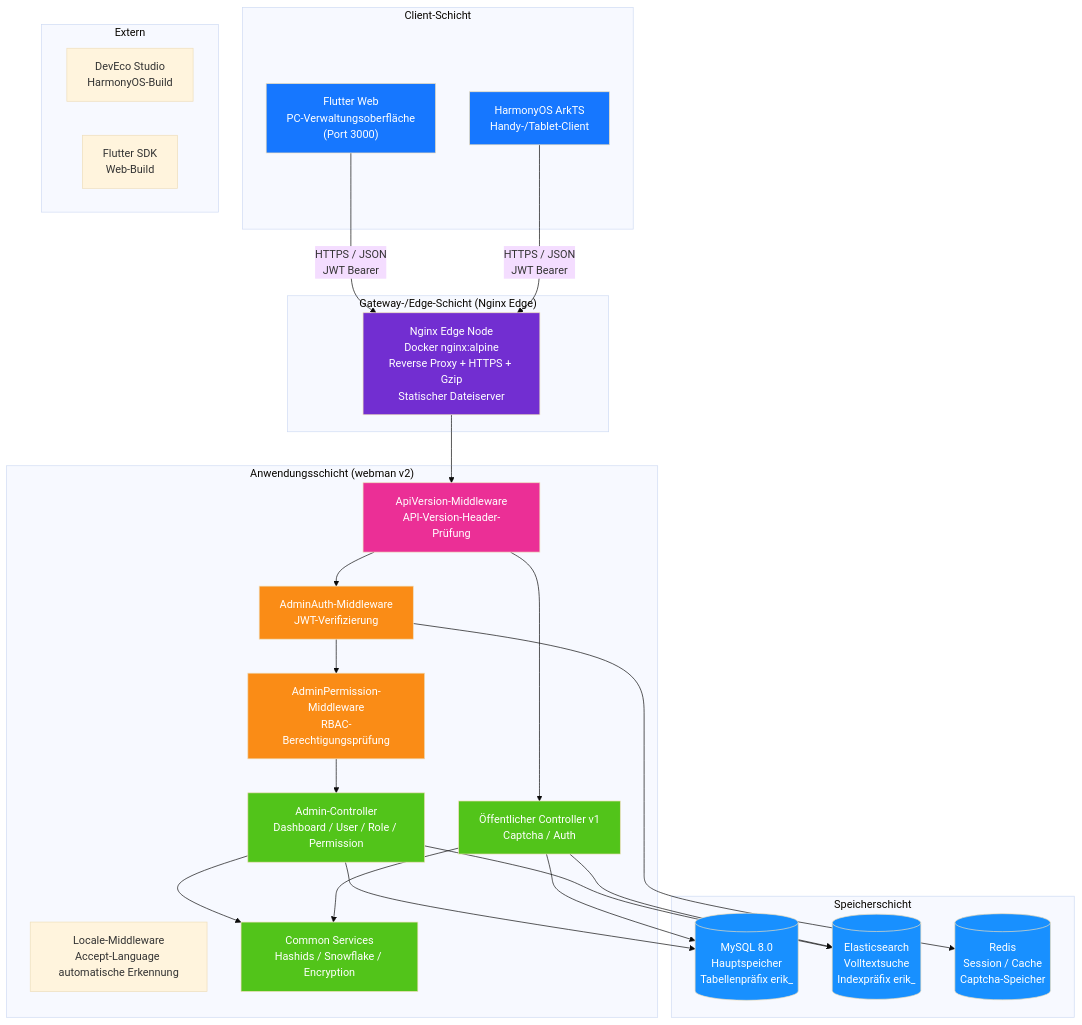
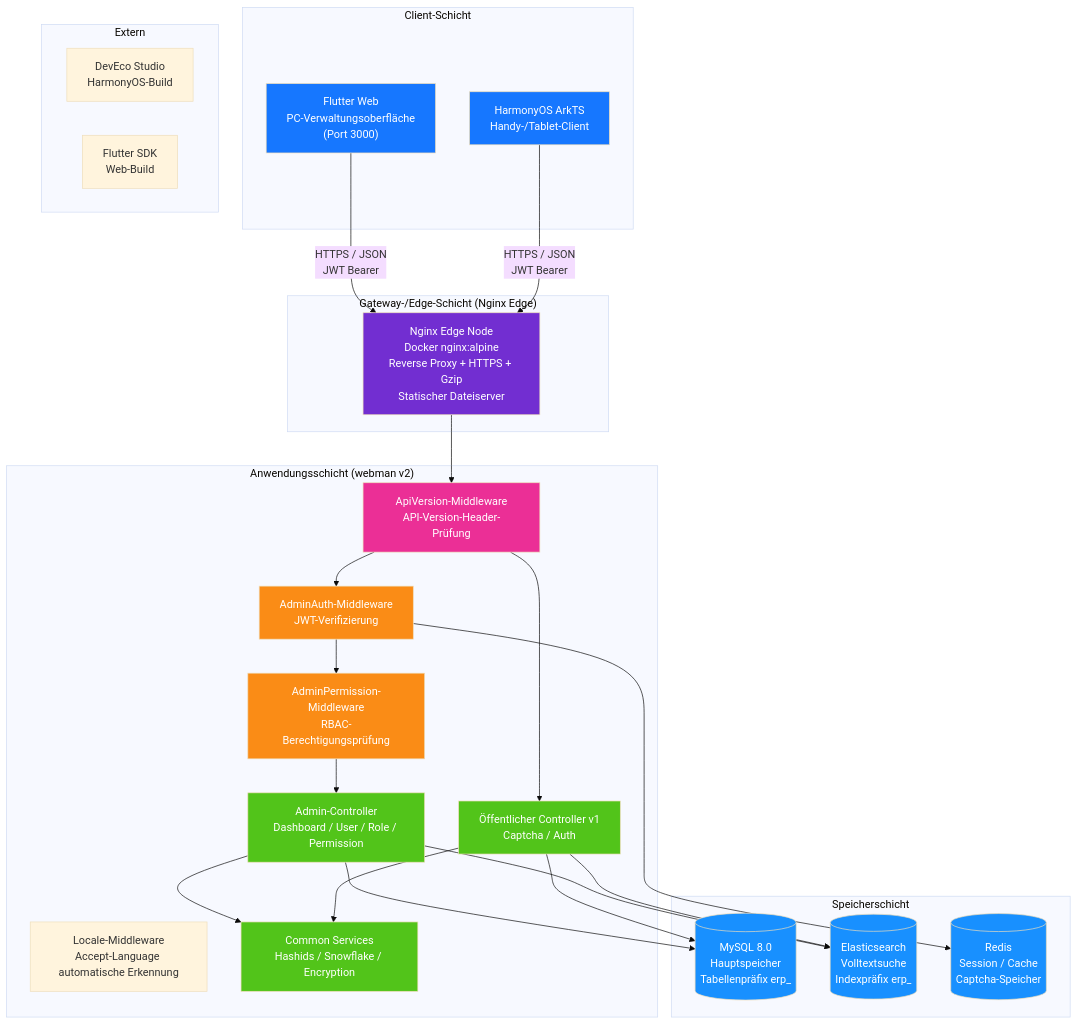
Before and after one commit to erikwang2013/erp-php: the first of 20 diagrams in docs/i18n/de/ARCHITECTURE.md, drawn with Mermaid (base theme). The commit also changed other lines of this file and 449 other files, not shown here.

First line of the commit message:
全局命名统一：数据库 erp、表前缀 erp_、Redis 前缀 erp:（原 erik_/open_admin）

````diff
--- a/docs/i18n/de/ARCHITECTURE.md
+++ b/docs/i18n/de/ARCHITECTURE.md
@@ -11,60 +11,60 @@
 ```mermaid
 flowchart TB
     subgraph "Client-Schicht"
         A1["Flutter Web<br/>PC-Verwaltungsoberfläche<br/>(Port 3000)"]
         A2["HarmonyOS ArkTS<br/>Handy-/Tablet-Client"]
     end
 
     subgraph "Gateway-/Edge-Schicht (Nginx Edge)"
         B1["Nginx Edge Node<br/>Docker nginx:alpine<br/>Reverse Proxy + HTTPS + Gzip<br/>Statischer Dateiserver"]
     end
 
     subgraph "Anwendungsschicht (webman v2)"
         C_LOC["Locale-Middleware<br/>Accept-Language automatische Erkennung"]
         C0["ApiVersion-Middleware<br/>API-Version-Header-Prüfung"]
         C1["AdminAuth-Middleware<br/>JWT-Verifizierung"]
         C2["AdminPermission-Middleware<br/>RBAC-Berechtigungsprüfung"]
         C3["Admin-Controller<br/>Dashboard / User / Role / Permission"]
         C4["Öffentlicher Controller v1<br/>Captcha / Auth"]
         C5["Common Services<br/>Hashids / Snowflake / Encryption"]
     end
 
     subgraph "Speicherschicht"
-        D1[("MySQL 8.0<br/>Hauptspeicher<br/>Tabellenpräfix erik_")]
-        D2[("Elasticsearch<br/>Volltextsuche<br/>Indexpräfix erik_")]
+        D1[("MySQL 8.0<br/>Hauptspeicher<br/>Tabellenpräfix erp_")]
+        D2[("Elasticsearch<br/>Volltextsuche<br/>Indexpräfix erp_")]
         D3[("Redis<br/>Session / Cache<br/>Captcha-Speicher")]
     end
 
     subgraph "Extern"
         E1["DevEco Studio<br/>HarmonyOS-Build"]
         E2["Flutter SDK<br/>Web-Build"]
     end
 
     A1 -->|"HTTPS / JSON<br/>JWT Bearer"| B1
     A2 -->|"HTTPS / JSON<br/>JWT Bearer"| B1
     B1 --> C0
     C0 --> C1
     C1 --> C2
     C2 --> C3
     C0 --> C4
     C3 --> C5
     C4 --> C5
     C3 --> D1
     C4 --> D1
     C3 --> D2
     C4 --> D2
     C1 --> D3
 
     style A1 fill:#1677FF,color:#fff
     style A2 fill:#1677FF,color:#fff
     style B1 fill:#722ED1,color:#fff
     style C0 fill:#EB2F96,color:#fff
     style C1 fill:#FA8C16,color:#fff
     style C2 fill:#FA8C16,color:#fff
     style C3 fill:#52C41A,color:#fff
     style C4 fill:#52C41A,color:#fff
     style C5 fill:#52C41A,color:#fff
     style D1 fill:#1890FF,color:#fff
     style D2 fill:#1890FF,color:#fff
     style D3 fill:#1890FF,color:#fff
 ```
````
